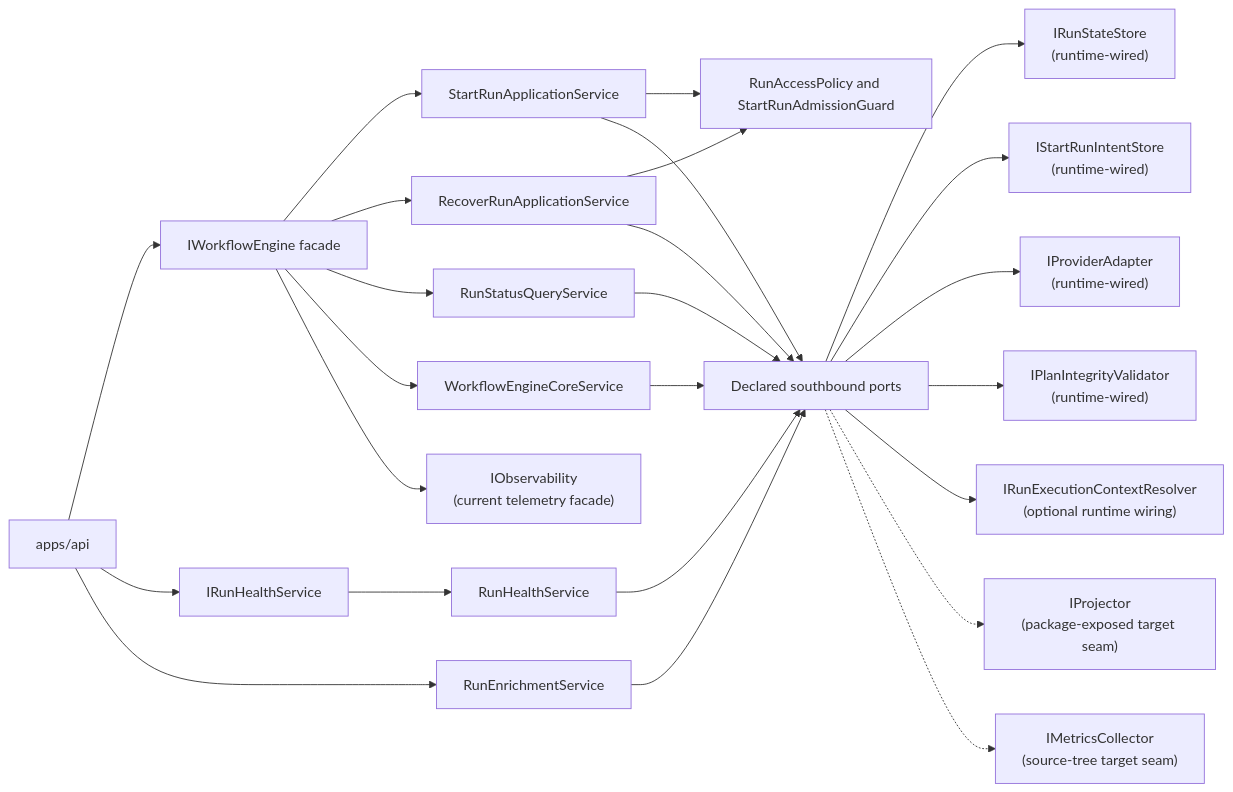
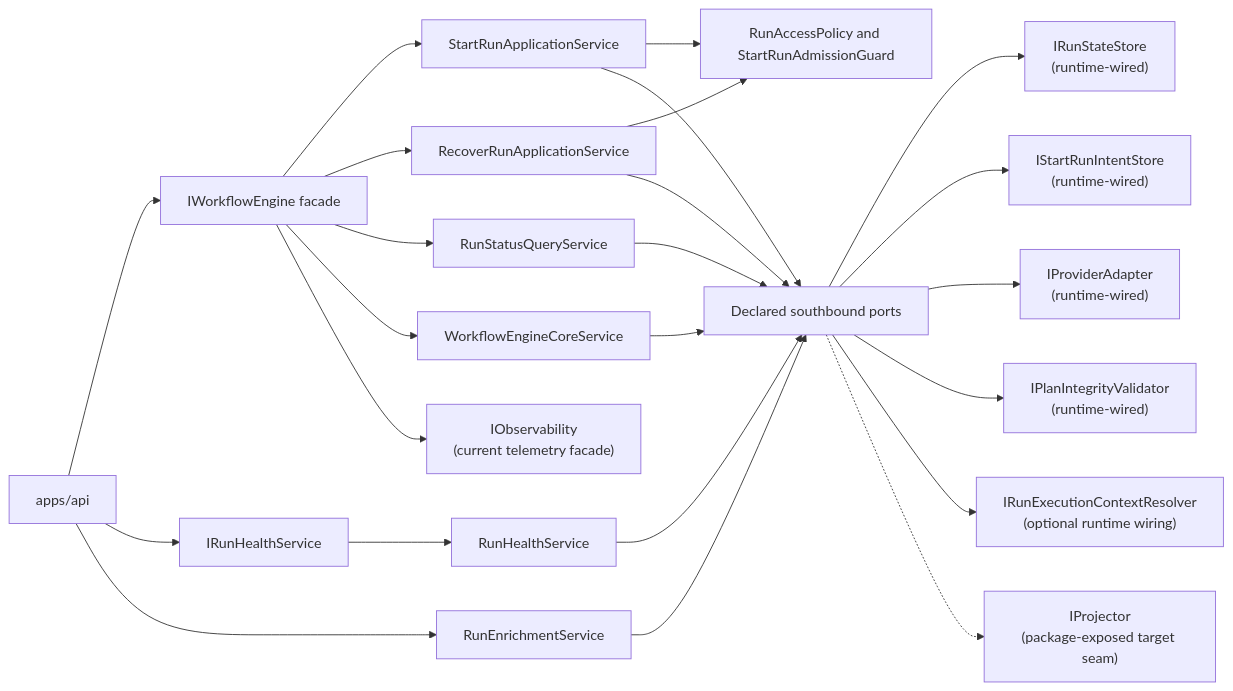
One commit to dunay2/dvt changed the diagram in docs/architecture/components/engine/index.md. Above: the diagram before and after it, drawn with Mermaid. The commit also changed other lines of this file and 879 other files, not shown here.

````diff
--- a/docs/architecture/components/engine/index.md
+++ b/docs/architecture/components/engine/index.md
@@ -97,27 +96,26 @@
 ```mermaid
 flowchart LR
   Api["apps/api"] --> Engine["IWorkflowEngine facade"]
   Api --> HealthApi["IRunHealthService"]
   Api --> Enrich["RunEnrichmentService"]
   Engine --> StartRun["StartRunApplicationService"]
   Engine --> Recover["RecoverRunApplicationService"]
   Engine --> Query["RunStatusQueryService"]
   Engine --> Core["WorkflowEngineCoreService"]
   HealthApi --> Health["RunHealthService"]
   Recover --> Policy["RunAccessPolicy and StartRunAdmissionGuard"]
   StartRun --> Policy["RunAccessPolicy and StartRunAdmissionGuard"]
   StartRun --> Ports["Declared southbound ports"]
   Recover --> Ports
   Query --> Ports
   Health --> Ports
   Core --> Ports
   Enrich --> Ports
   Ports --> State["IRunStateStore<br/>(runtime-wired)"]
   Ports --> Intent["IStartRunIntentStore<br/>(runtime-wired)"]
   Ports --> Providers["IProviderAdapter<br/>(runtime-wired)"]
   Ports --> Plan["IPlanIntegrityValidator<br/>(runtime-wired)"]
   Ports --> RunCtx["IRunExecutionContextResolver<br/>(optional runtime wiring)"]
   Ports -.-> Projector["IProjector<br/>(package-exposed target seam)"]
-  Ports -.-> Metrics["IMetricsCollector<br/>(source-tree target seam)"]
   Engine --> Obs["IObservability<br/>(current telemetry facade)"]
 ```
````
